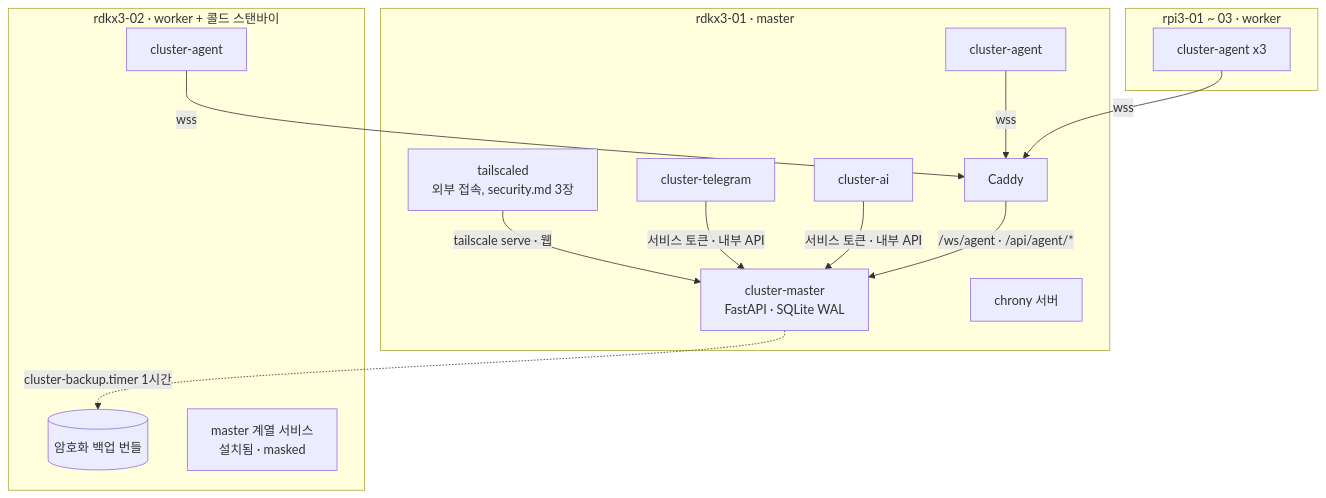
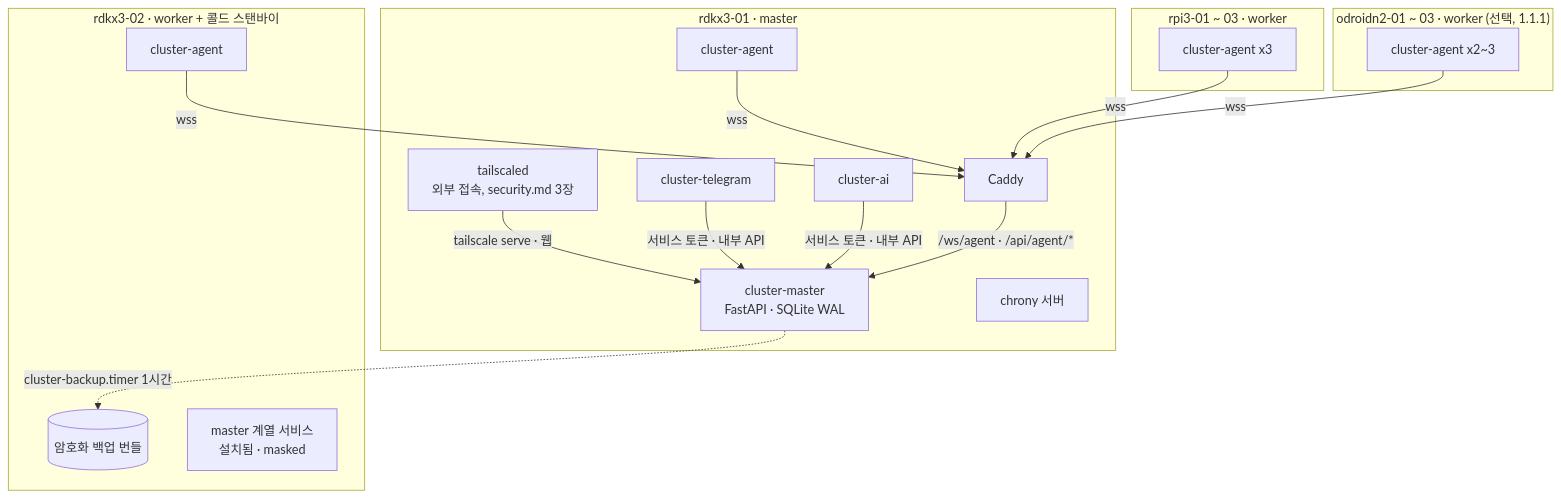
One commit to Yuchan-00/Cluster_Web changed the first of 4 diagrams in docs/design/topology.md. Above: the diagram before and after it, drawn with Mermaid. The commit also changed other lines of this file and 21 other files, not shown here.

````diff
--- a/docs/design/topology.md
+++ b/docs/design/topology.md
@@ -90,28 +129,32 @@
 ```mermaid
 flowchart TB
   subgraph R1["rdkx3-01 · master"]
     CADDY["Caddy"]
     EXT["tailscaled<br/>외부 접속, security.md 3장"]
     M["cluster-master<br/>FastAPI · SQLite WAL"]
     TG["cluster-telegram"]
     AI["cluster-ai"]
     A1["cluster-agent"]
     NTP["chrony 서버"]
   end
   subgraph R2["rdkx3-02 · worker + 콜드 스탠바이"]
     A2["cluster-agent"]
     BK[("암호화 백업 번들")]
     MS["master 계열 서비스<br/>설치됨 · masked"]
   end
   subgraph P["rpi3-01 ~ 03 · worker"]
     AP["cluster-agent x3"]
   end
+  subgraph N["odroidn2-01 ~ 03 · worker (선택, 1.1.1)"]
+    AN["cluster-agent x2~3"]
+  end
   EXT -- "tailscale serve · 웹" --> M
   TG -- "서비스 토큰 · 내부 API" --> M
   AI -- "서비스 토큰 · 내부 API" --> M
   A1 -- "wss" --> CADDY
   A2 -- "wss" --> CADDY
   AP -- "wss" --> CADDY
+  AN -- "wss" --> CADDY
   CADDY -- "/ws/agent · /api/agent/*" --> M
   M -.->|"cluster-backup.timer 1시간"| BK
 ```
````
